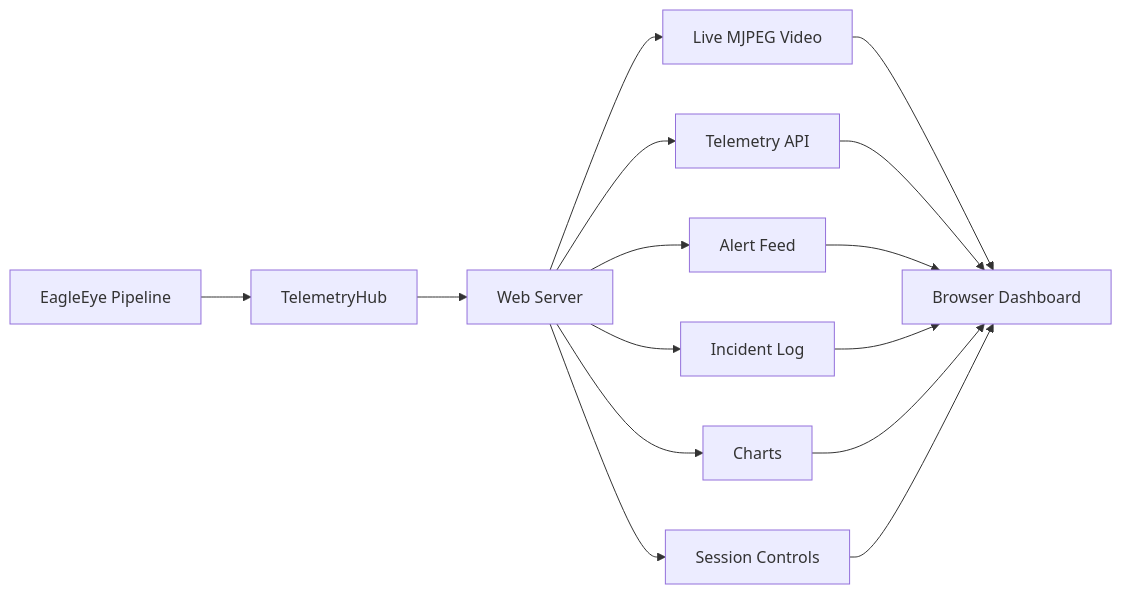
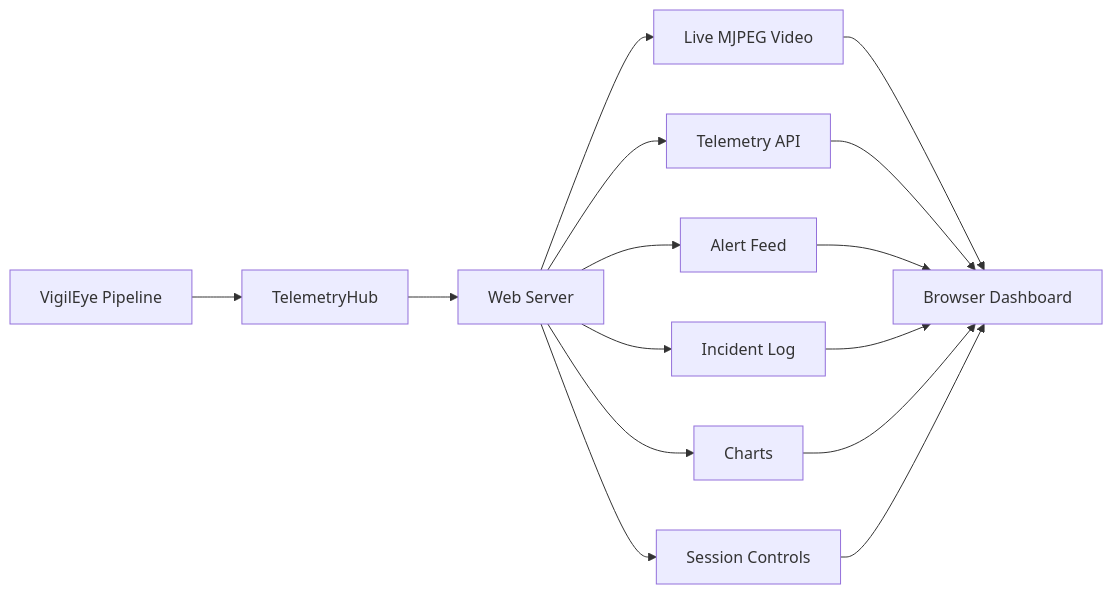
One commit to rijin-bhaskaran/EagleEye changed the sixth of 7 diagrams in README.md. Above: the diagram before and after it, drawn with Mermaid. The commit also changed other lines of this file and 34 other files, not shown here.

````diff
--- a/README.md
+++ b/README.md
@@ -255,19 +255,19 @@
 ```mermaid
 flowchart LR
-    A[EagleEye Pipeline] --> B[TelemetryHub]
+    A[VigilEye Pipeline] --> B[TelemetryHub]
     B --> C[Web Server]
 
     C --> D[Live MJPEG Video]
     C --> E[Telemetry API]
     C --> F[Alert Feed]
     C --> G[Incident Log]
     C --> H[Charts]
     C --> I[Session Controls]
 
     D --> J[Browser Dashboard]
     E --> J
     F --> J
     G --> J
     H --> J
     I --> J
 ```
````
